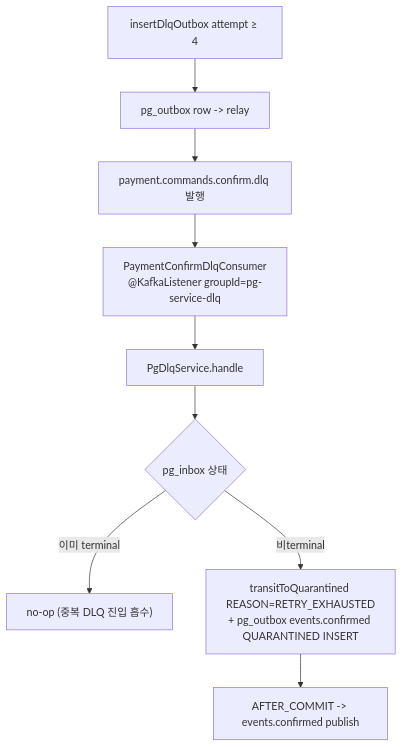
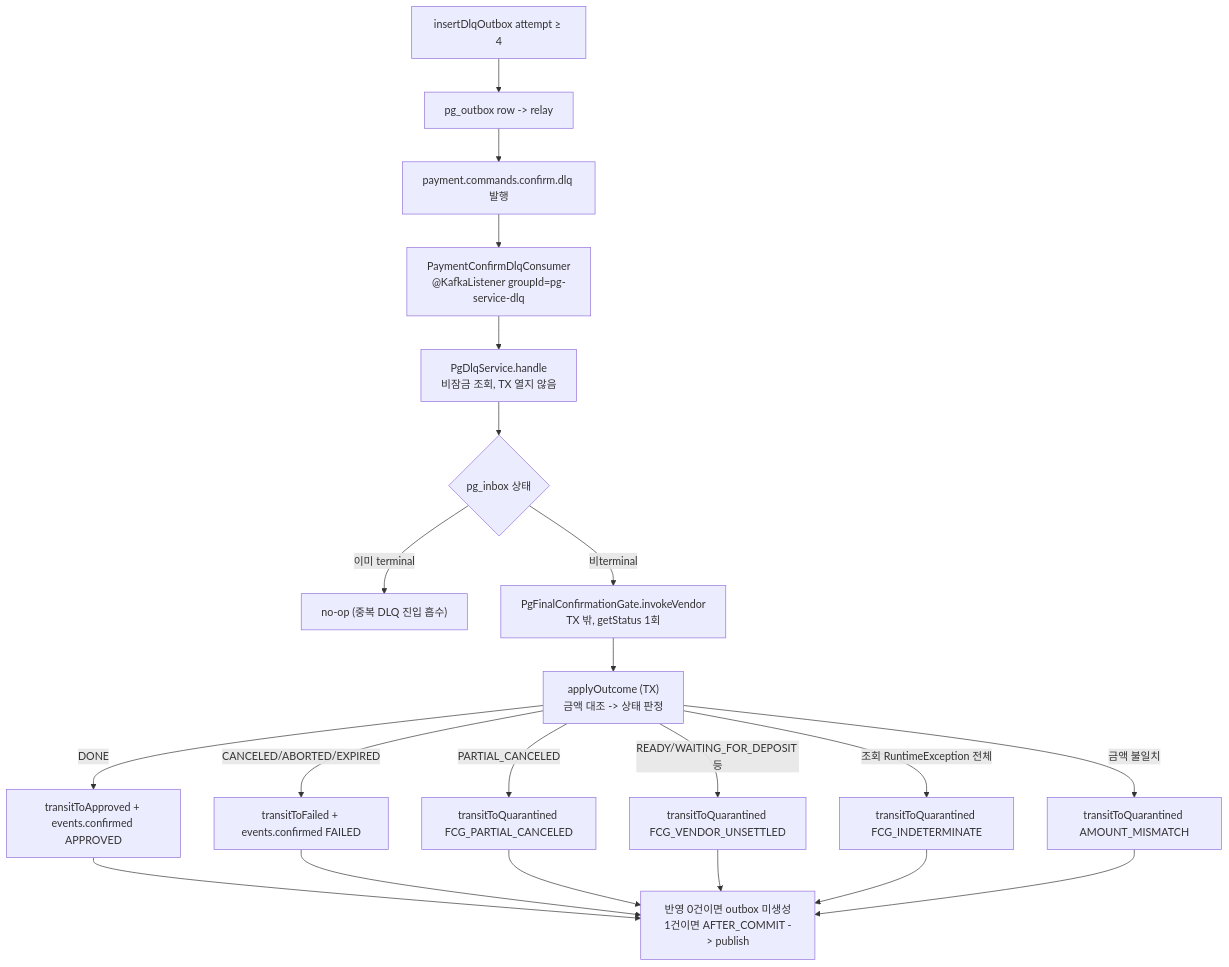
One commit to hyoguoo/payment-platform changed the tenth of 10 diagrams in docs/context/PAYMENT-FLOW.md. Above: the diagram before and after it, drawn with Mermaid. The commit also changed other lines of this file and 13 other files, not shown here.

````diff
--- a/docs/context/PAYMENT-FLOW.md
+++ b/docs/context/PAYMENT-FLOW.md
@@ -359,11 +359,23 @@
 ```mermaid
 flowchart TD
     DLQ_OUT["insertDlqOutbox attempt ≥ 4"] --> DLQ_RELAY["pg_outbox row -> relay"]
     DLQ_RELAY --> DLQ_TOPIC["payment.commands.confirm.dlq 발행"]
     DLQ_TOPIC --> DLQ_CONS["PaymentConfirmDlqConsumer<br/>@KafkaListener groupId=pg-service-dlq"]
-    DLQ_CONS --> DLQ_SVC["PgDlqService.handle"]
+    DLQ_CONS --> DLQ_SVC["PgDlqService.handle<br/>비잠금 조회, TX 열지 않음"]
     DLQ_SVC --> DLQ_GUARD{"pg_inbox 상태"}
     DLQ_GUARD -->|"이미 terminal"| DLQ_NOOP["no-op (중복 DLQ 진입 흡수)"]
-    DLQ_GUARD -->|"비terminal"| DLQ_TRAN["transitToQuarantined REASON=RETRY_EXHAUSTED<br/>+ pg_outbox events.confirmed QUARANTINED INSERT"]
-    DLQ_TRAN --> DLQ_END["AFTER_COMMIT -> events.confirmed publish"]
+    DLQ_GUARD -->|"비terminal"| FCG_Q["PgFinalConfirmationGate.invokeVendor<br/>TX 밖, getStatus 1회"]
+    FCG_Q --> FCG_A["applyOutcome (TX)<br/>금액 대조 -> 상태 판정"]
+    FCG_A -->|"DONE"| FCG_OK["transitToApproved + events.confirmed APPROVED"]
+    FCG_A -->|"CANCELED/ABORTED/EXPIRED"| FCG_NG["transitToFailed + events.confirmed FAILED"]
+    FCG_A -->|"PARTIAL_CANCELED"| FCG_P["transitToQuarantined FCG_PARTIAL_CANCELED"]
+    FCG_A -->|"READY/WAITING_FOR_DEPOSIT 등"| FCG_U["transitToQuarantined FCG_VENDOR_UNSETTLED"]
+    FCG_A -->|"조회 RuntimeException 전체"| FCG_I["transitToQuarantined FCG_INDETERMINATE"]
+    FCG_A -->|"금액 불일치"| FCG_M["transitToQuarantined AMOUNT_MISMATCH"]
+    FCG_OK --> DLQ_END["반영 0건이면 outbox 미생성<br/>1건이면 AFTER_COMMIT -> publish"]
+    FCG_NG --> DLQ_END
+    FCG_P --> DLQ_END
+    FCG_U --> DLQ_END
+    FCG_I --> DLQ_END
+    FCG_M --> DLQ_END
 ```
````
